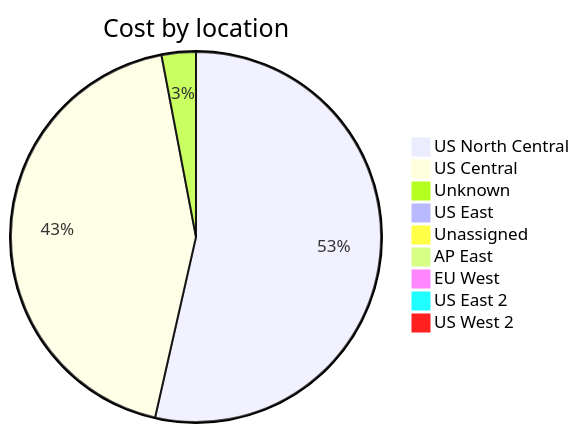
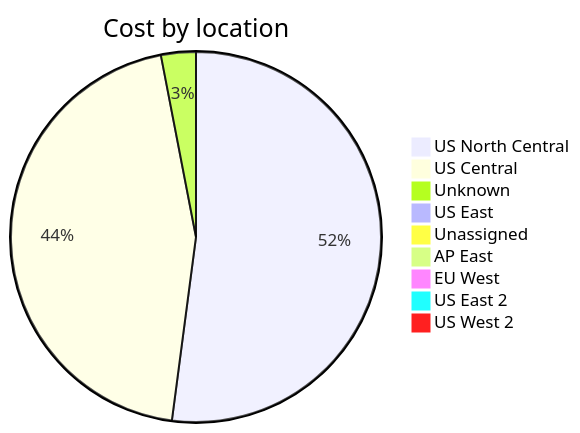
One commit to jpfulton/azure-personal-reports changed the third of 4 diagrams in cost-reports/accumulated-cost.md. Above: the diagram before and after it, drawn with Mermaid. The commit also changed other lines of this file and 4 other files, not shown here.

````diff
--- a/cost-reports/accumulated-cost.md
+++ b/cost-reports/accumulated-cost.md
@@ -131,13 +131,13 @@
 ```mermaid
 pie
    title Cost by location
    "US North Central" : 15.77
-   "US Central" : 12.80
-   "Unknown" : 0.88
-   "US East" : 0.21
+   "US Central" : 13.59
+   "Unknown" : 0.92
+   "US East" : 0.22
    "Unassigned" : 0.10
    "AP East" : 0.00
    "EU West" : 0.00
    "US East 2" : 0.00
    "US West 2" : 0.00
 ```
````
